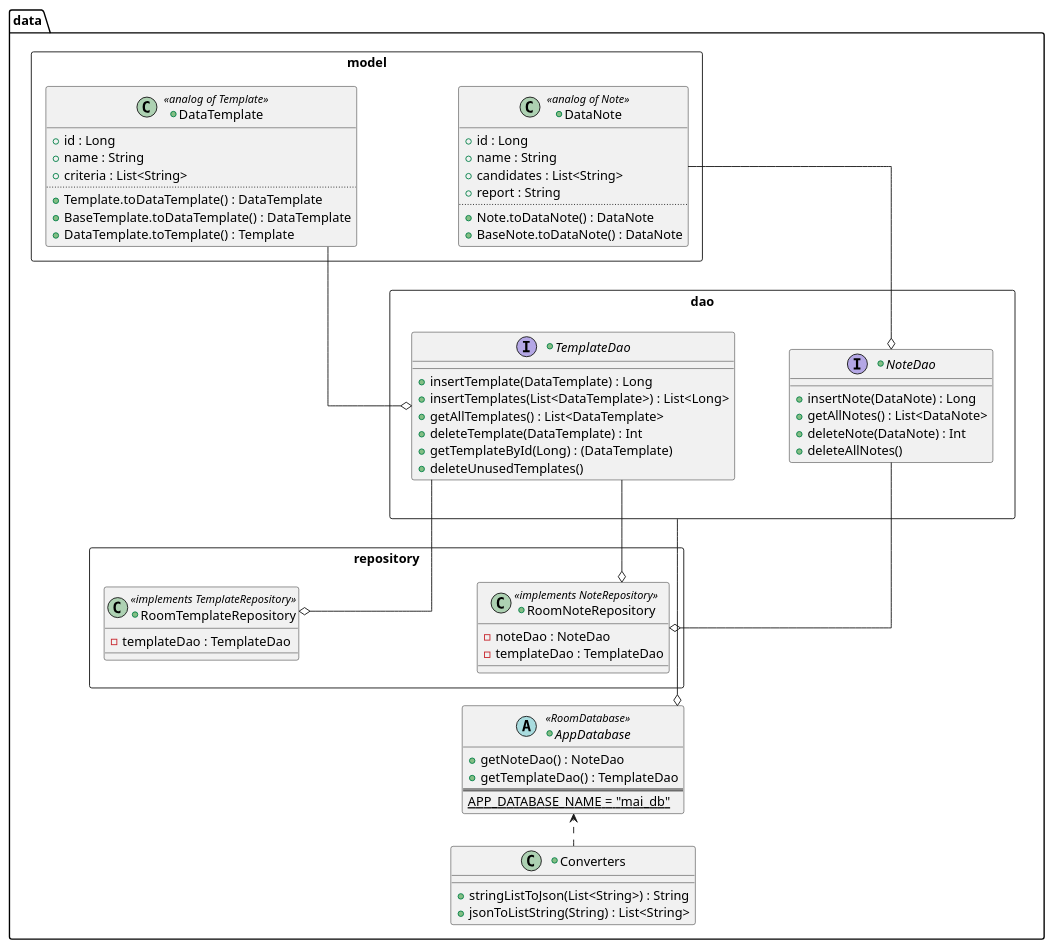
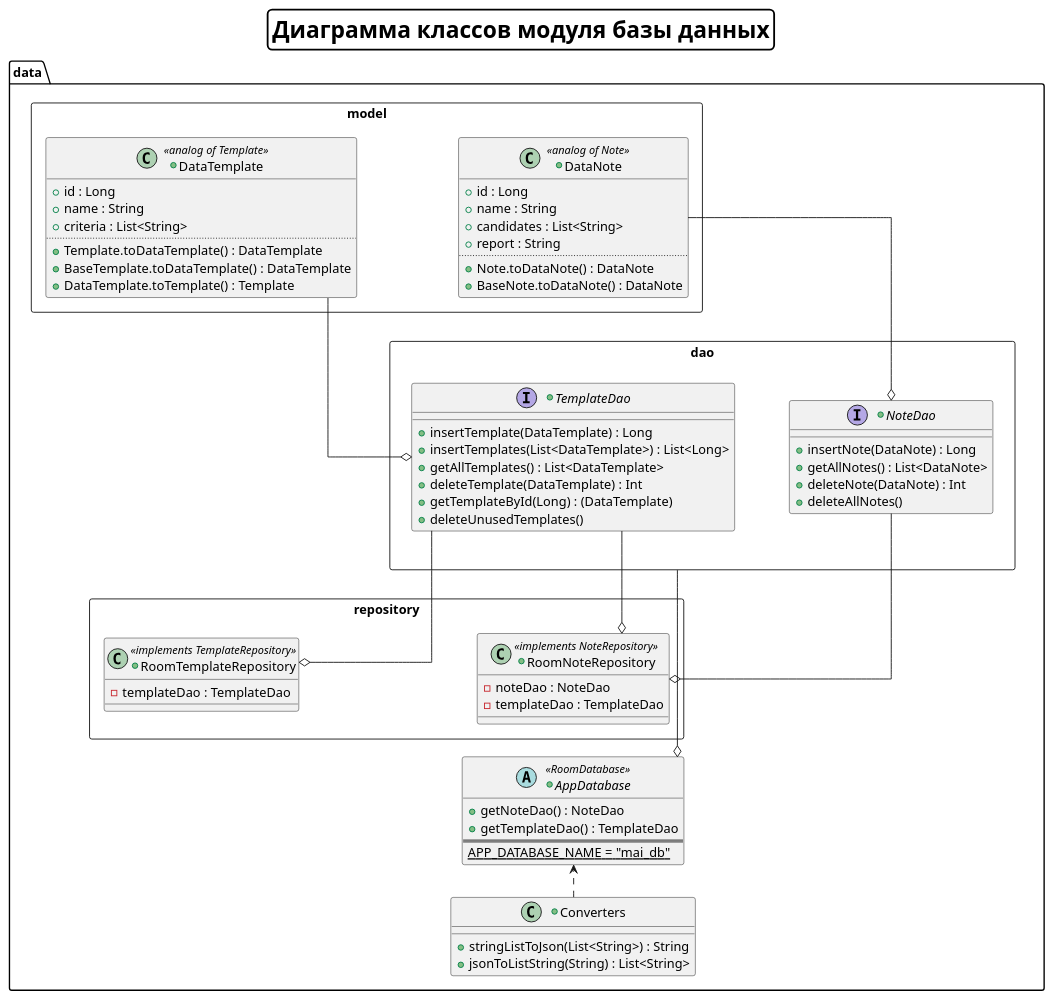
Before and after one commit to ethernet389/MAI-2: the diagram in diagrams/architecture/data.puml, drawn with PlantUML. The commit also changed 5 other files, not shown here.

Commit message:
Add modules.puml and add titles to diagrams

```diff
--- a/diagrams/architecture/data.puml
+++ b/diagrams/architecture/data.puml
@@ -1,84 +1,90 @@
 @startuml
 
 left to right direction
 skinparam linetype ortho
+skinparam titleBorderRoundCorner 10
+skinparam titleBorderThickness 2
+skinparam titleBorderColor black
+skinparam titleFontSize 25
+
+title Диаграмма классов модуля базы данных
 
 package data {
 
     rectangle model {
         +class DataNote <<analog of Note>> {
             +id : Long
             +name : String
             +candidates : List<String>
             +report : String
             ..
             +Note.toDataNote() : DataNote
             +BaseNote.toDataNote() : DataNote
         }
 
         +class DataTemplate <<analog of Template>> {
             +id : Long
             +name : String
             +criteria : List<String>
             ..
             +Template.toDataTemplate() : DataTemplate
             +BaseTemplate.toDataTemplate() : DataTemplate
             +DataTemplate.toTemplate() : Template
         }
     }
 
     rectangle repository {
         +class RoomTemplateRepository <<implements TemplateRepository>> {
             -templateDao : TemplateDao
         }
 
         +class RoomNoteRepository <<implements NoteRepository>> {
             -noteDao : NoteDao
             -templateDao : TemplateDao
         }
     }
 
     rectangle dao {
         +interface NoteDao {
             +insertNote(DataNote) : Long
             +getAllNotes() : List<DataNote>
             +deleteNote(DataNote) : Int
             +deleteAllNotes()
         }
 
         +interface TemplateDao {
             +insertTemplate(DataTemplate) : Long
             +insertTemplates(List<DataTemplate>) : List<Long>
             +getAllTemplates() : List<DataTemplate>
             +deleteTemplate(DataTemplate) : Int
             +getTemplateById(Long) : (DataTemplate)
             +deleteUnusedTemplates()
         }
     }
 
     +abstract class AppDatabase <<RoomDatabase>> {
         +getNoteDao() : NoteDao
         +getTemplateDao() : TemplateDao
         ==
         {static} APP_DATABASE_NAME = "mai_db"
     }
 
     +class Converters {
         +stringListToJson(List<String>) : String
         +jsonToListString(String) : List<String>
     }
 }
 
 /' Relation '/
 NoteDao -[hidden]u- TemplateDao
 DataNote -[hidden]u- DataTemplate
 RoomNoteRepository -[hidden]u- RoomTemplateRepository
 AppDatabase <..l Converters
 dao --ro AppDatabase
 RoomNoteRepository o--r NoteDao
 RoomNoteRepository o--r TemplateDao
 RoomTemplateRepository o-- TemplateDao
 DataNote --o NoteDao
 DataTemplate --o TemplateDao
 
 @enduml
```
